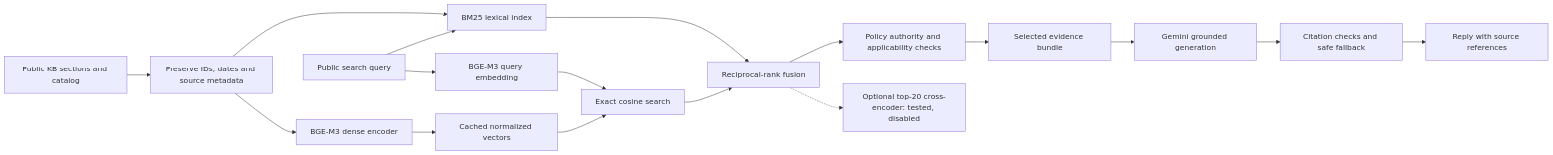
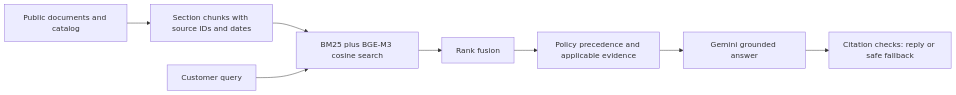
Before and after one commit to brindoxx/ZentroMart-AI-Support-Agent: the second of 2 diagrams in README.md, drawn with Mermaid. The commit also changed other lines of this file and 12 other files, not shown here.

Commit message:
Include consented audio samples and make the demo and diagrams clearer

````diff
--- a/README.md
+++ b/README.md
@@ -151,19 +142,10 @@
 ```mermaid
 flowchart LR
-    DOCS[Public KB sections and catalog] --> META[Preserve IDs, dates and source metadata]
-    META --> LEX[BM25 lexical index]
-    META --> EMB[BGE-M3 dense encoder]
-    EMB --> VEC[Cached normalized vectors]
-    Q[Public search query] --> LEX
-    Q --> QE[BGE-M3 query embedding]
-    QE --> COS[Exact cosine search]
-    VEC --> COS
-    LEX --> RRF[Reciprocal-rank fusion]
-    COS --> RRF
-    RRF --> POLICY[Policy authority and applicability checks]
-    POLICY --> EVID[Selected evidence bundle]
-    EVID --> GEN[Gemini grounded generation]
-    GEN --> SAFE[Citation checks and safe fallback]
-    SAFE --> REPLY[Reply with source references]
-    RRF -.-> EXP[Optional top-20 cross-encoder: tested, disabled]
+    KB[Public documents and catalog] --> INDEX[Section chunks with source IDs and dates]
+    INDEX --> SEARCH[BM25 plus BGE-M3 cosine search]
+    QUERY[Customer query] --> SEARCH
+    SEARCH --> RRF[Rank fusion]
+    RRF --> EVID[Policy precedence and applicable evidence]
+    EVID --> LLM[Gemini grounded answer]
+    LLM --> OUT[Citation checks: reply or safe fallback]
 ```
````
